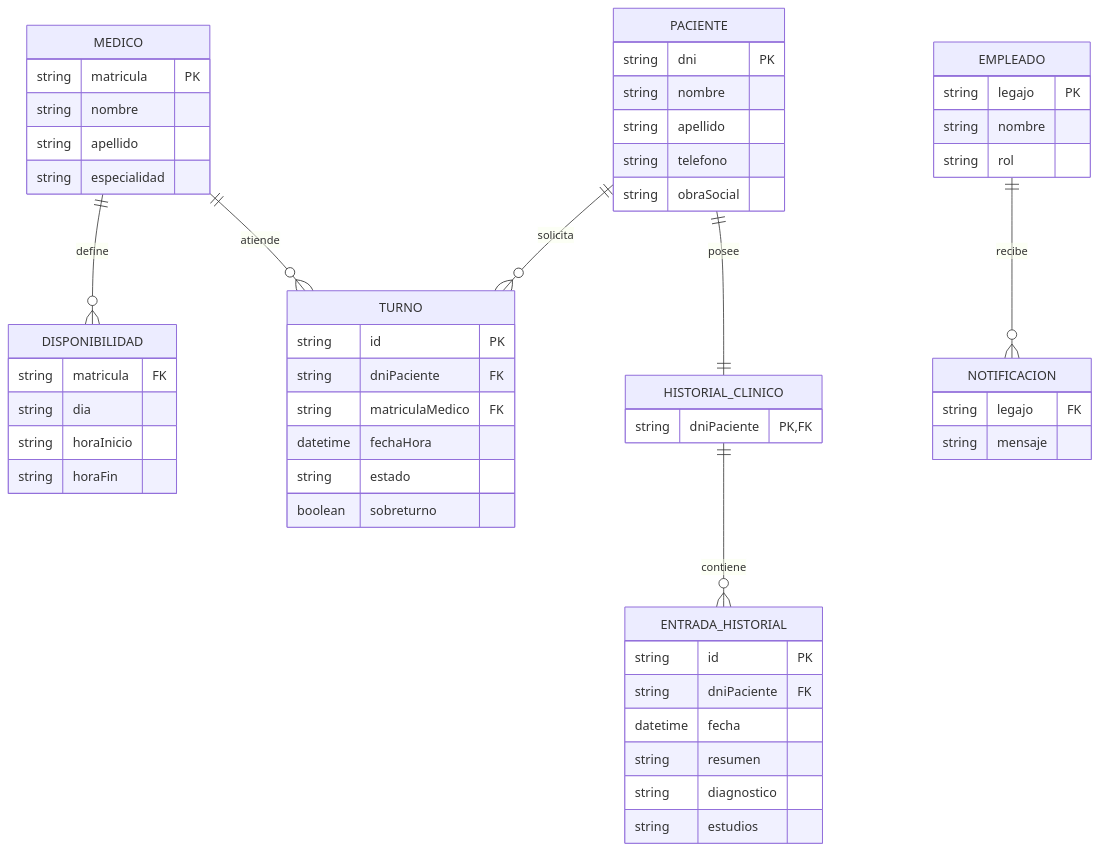
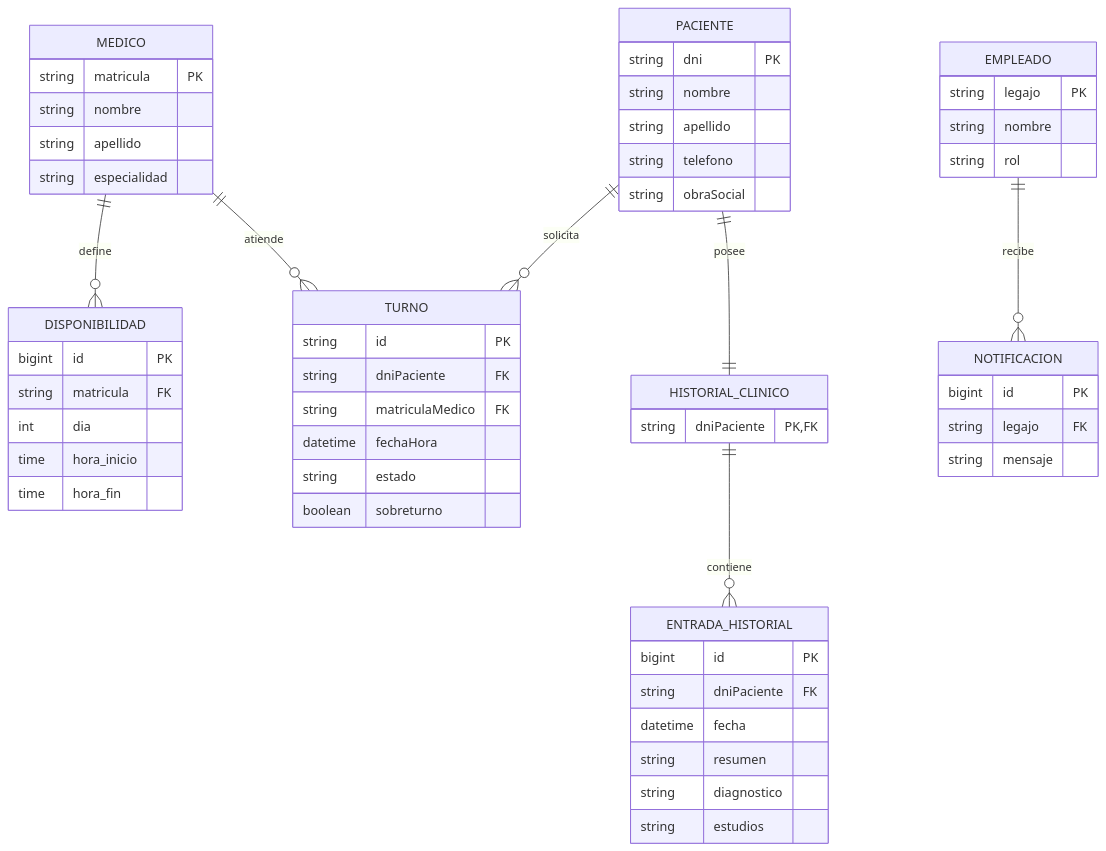
One commit to Camila-Ianni/HealthHub changed the diagram in diagrams/entidad-relacion.mmd. Above: the diagram before and after it, drawn with Mermaid. The commit also changed 40 other files, not shown here.

```diff
--- a/diagrams/entidad-relacion.mmd
+++ b/diagrams/entidad-relacion.mmd
@@ -1,63 +1,65 @@
 erDiagram
-    %% Base de datos H2 embebida
+    %% Esquema SQL de HealthHub (compatible con MySQL; runtime actual en H2 modo MySQL)
     EMPLEADO {
         string legajo PK
         string nombre
         string rol
     }
 
     PACIENTE {
         string dni PK
         string nombre
         string apellido
         string telefono
         string obraSocial
     }
 
     MEDICO {
         string matricula PK
         string nombre
         string apellido
         string especialidad
     }
 
     DISPONIBILIDAD {
+        bigint id PK
         string matricula FK
-        string dia
-        string horaInicio
-        string horaFin
+        int dia
+        time hora_inicio
+        time hora_fin
     }
 
     TURNO {
         string id PK
         string dniPaciente FK
         string matriculaMedico FK
         datetime fechaHora
         string estado
         boolean sobreturno
     }
 
     HISTORIAL_CLINICO {
         string dniPaciente PK, FK
     }
 
     ENTRADA_HISTORIAL {
-        string id PK
+        bigint id PK
         string dniPaciente FK
         datetime fecha
         string resumen
         string diagnostico
         string estudios
     }
 
     NOTIFICACION {
+        bigint id PK
         string legajo FK
         string mensaje
     }
 
     PACIENTE ||--|| HISTORIAL_CLINICO : posee
     HISTORIAL_CLINICO ||--o{ ENTRADA_HISTORIAL : contiene
     MEDICO ||--o{ DISPONIBILIDAD : define
     PACIENTE ||--o{ TURNO : solicita
     MEDICO ||--o{ TURNO : atiende
     EMPLEADO ||--o{ NOTIFICACION : recibe
```
